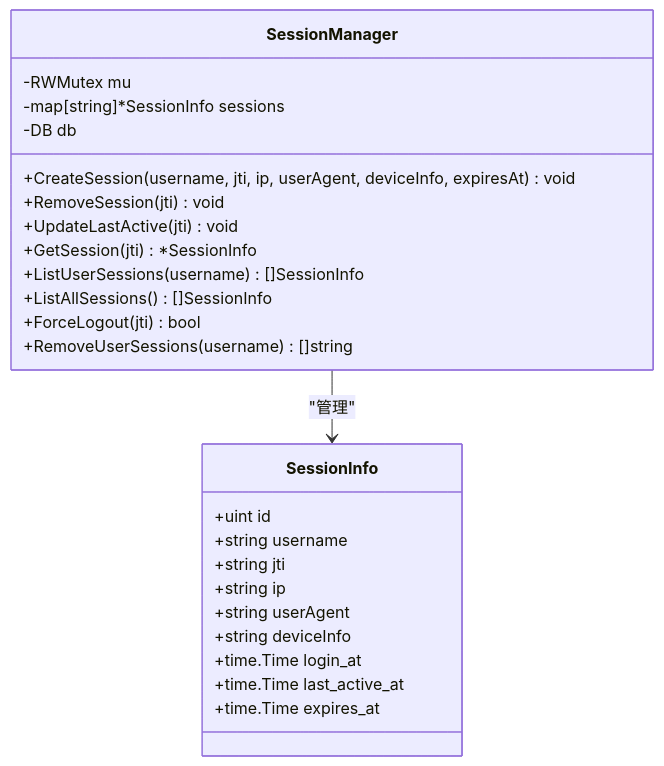
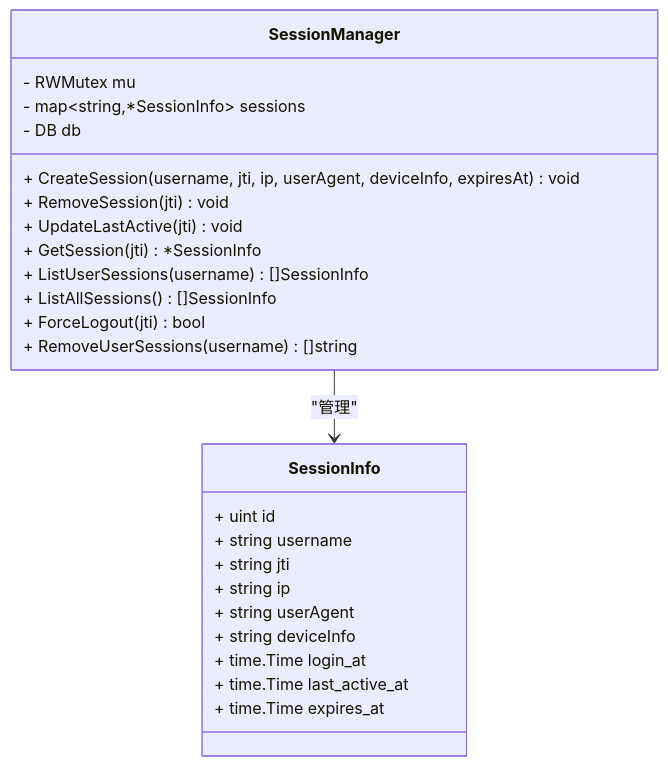
The seventh of 8 diagrams in docs/安全机制/JWT 认证机制.md (x01n/My-OpenWaf), drawn with Mermaid before and after one commit. The commit also changed other lines of this file and 199 other files, not shown here.

````diff
--- a/docs/安全机制/JWT 认证机制.md
+++ b/docs/安全机制/JWT 认证机制.md
@@ -288,28 +255,28 @@
 ```mermaid
 classDiagram
 class SessionManager {
--RWMutex mu
--map[string]*SessionInfo sessions
--DB db
-+CreateSession(username, jti, ip, userAgent, deviceInfo, expiresAt) void
-+RemoveSession(jti) void
-+UpdateLastActive(jti) void
-+GetSession(jti) *SessionInfo
-+ListUserSessions(username) []SessionInfo
-+ListAllSessions() []SessionInfo
-+ForceLogout(jti) bool
-+RemoveUserSessions(username) []string
+- RWMutex mu
+- map~string,*SessionInfo~ sessions
+- DB db
++ CreateSession(username, jti, ip, userAgent, deviceInfo, expiresAt) void
++ RemoveSession(jti) void
++ UpdateLastActive(jti) void
++ GetSession(jti) *SessionInfo
++ ListUserSessions(username) []SessionInfo
++ ListAllSessions() []SessionInfo
++ ForceLogout(jti) bool
++ RemoveUserSessions(username) []string
 }
 class SessionInfo {
-+uint id
-+string username
-+string jti
-+string ip
-+string userAgent
-+string deviceInfo
-+time.Time login_at
-+time.Time last_active_at
-+time.Time expires_at
++ uint id
++ string username
++ string jti
++ string ip
++ string userAgent
++ string deviceInfo
++ time.Time login_at
++ time.Time last_active_at
++ time.Time expires_at
 }
 SessionManager --> SessionInfo : "管理"
 ```
````
